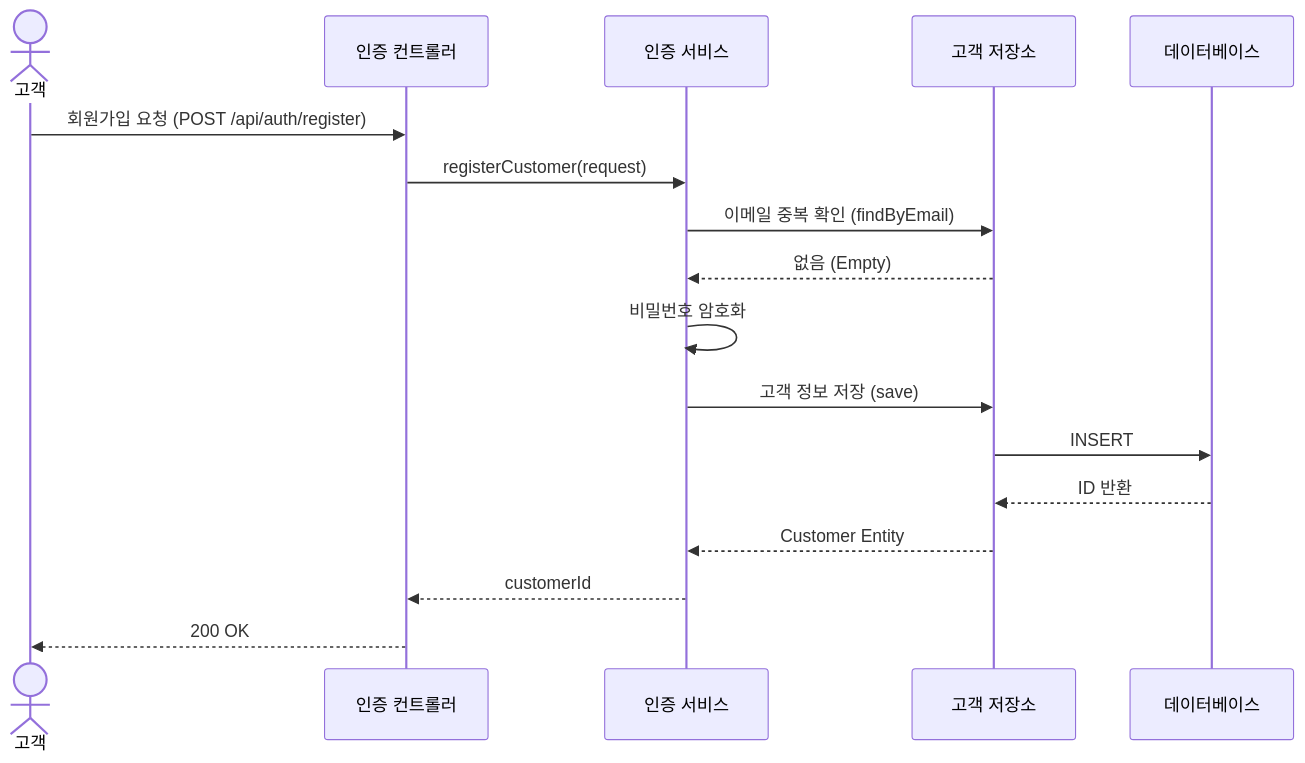
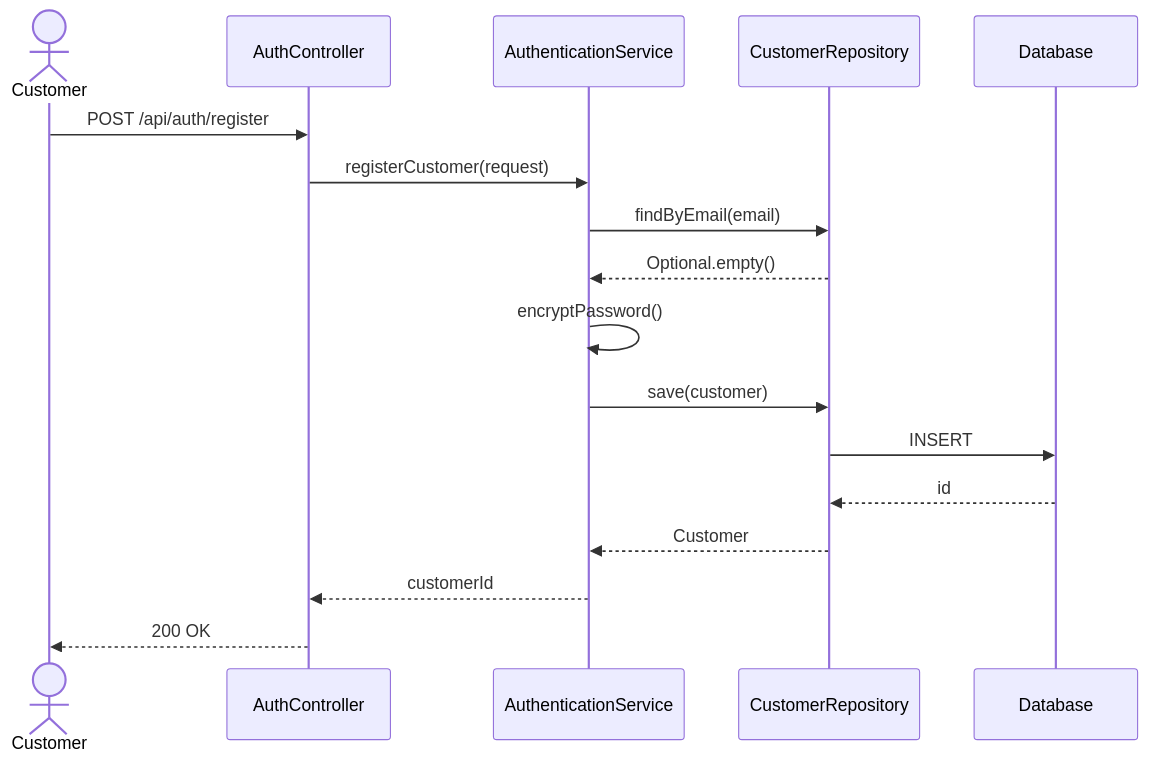
One commit to bobbobbob1010/SoftwareEngineering changed the first of 8 diagrams in docs/시퀀스_다이어그램.md. Above: the diagram before and after it, drawn with Mermaid. The commit also changed other lines of this file, not shown here.

````diff
--- a/docs/시퀀스_다이어그램.md
+++ b/docs/시퀀스_다이어그램.md
@@ -5,20 +5,20 @@
 ```mermaid
 sequenceDiagram
-    actor Customer as 고객
-    participant AuthController as 인증 컨트롤러
-    participant AuthenticationService as 인증 서비스
-    participant CustomerRepository as 고객 저장소
-    participant Database as 데이터베이스
+    actor Customer
+    participant AuthController
+    participant AuthenticationService
+    participant CustomerRepository
+    participant Database
 
-    Customer->>AuthController: 회원가입 요청 (POST /api/auth/register)
+    Customer->>AuthController: POST /api/auth/register
     AuthController->>AuthenticationService: registerCustomer(request)
-    AuthenticationService->>CustomerRepository: 이메일 중복 확인 (findByEmail)
-    CustomerRepository-->>AuthenticationService: 없음 (Empty)
-    AuthenticationService->>AuthenticationService: 비밀번호 암호화
-    AuthenticationService->>CustomerRepository: 고객 정보 저장 (save)
+    AuthenticationService->>CustomerRepository: findByEmail(email)
+    CustomerRepository-->>AuthenticationService: Optional.empty()
+    AuthenticationService->>AuthenticationService: encryptPassword()
+    AuthenticationService->>CustomerRepository: save(customer)
     CustomerRepository->>Database: INSERT
-    Database-->>CustomerRepository: ID 반환
-    CustomerRepository-->>AuthenticationService: Customer Entity
+    Database-->>CustomerRepository: id
+    CustomerRepository-->>AuthenticationService: Customer
     AuthenticationService-->>AuthController: customerId
     AuthController-->>Customer: 200 OK
 ```
````
